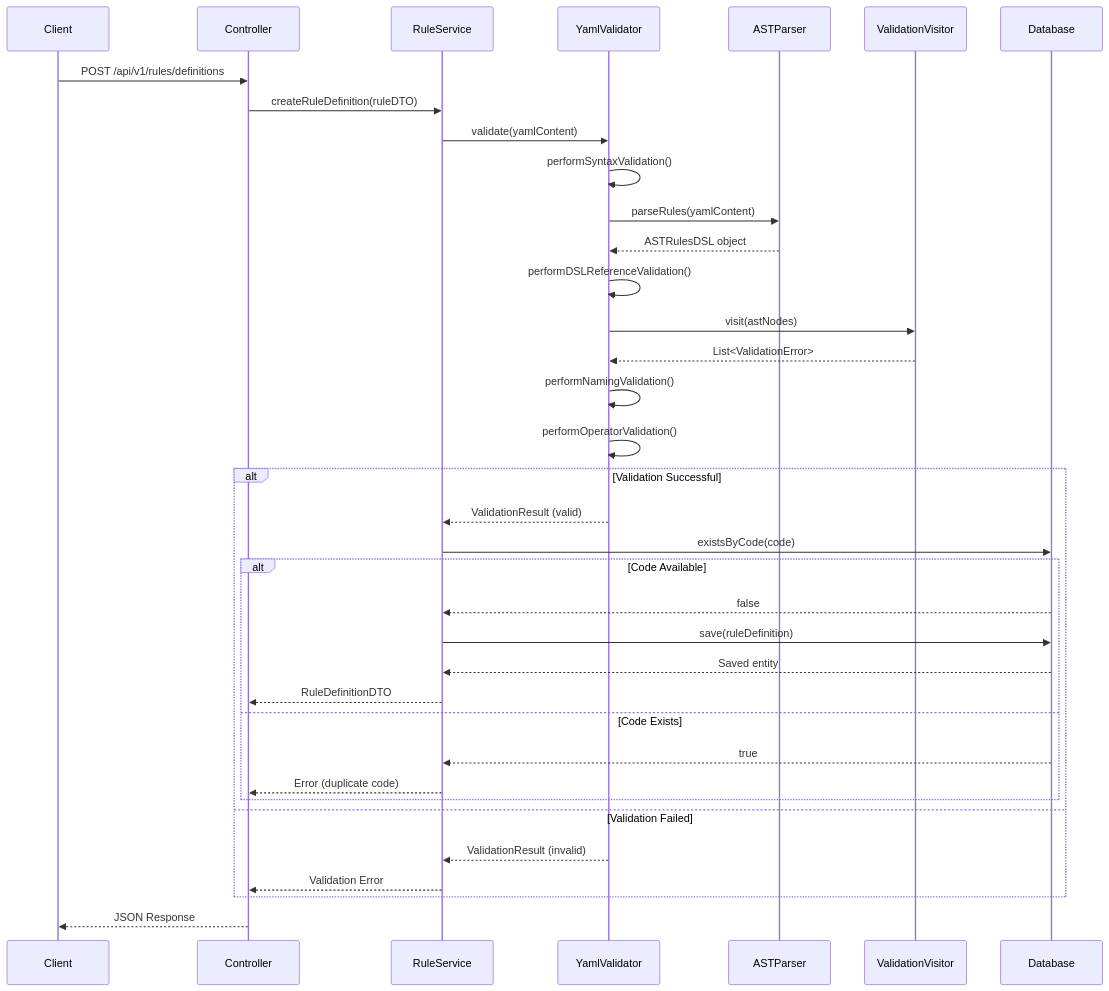
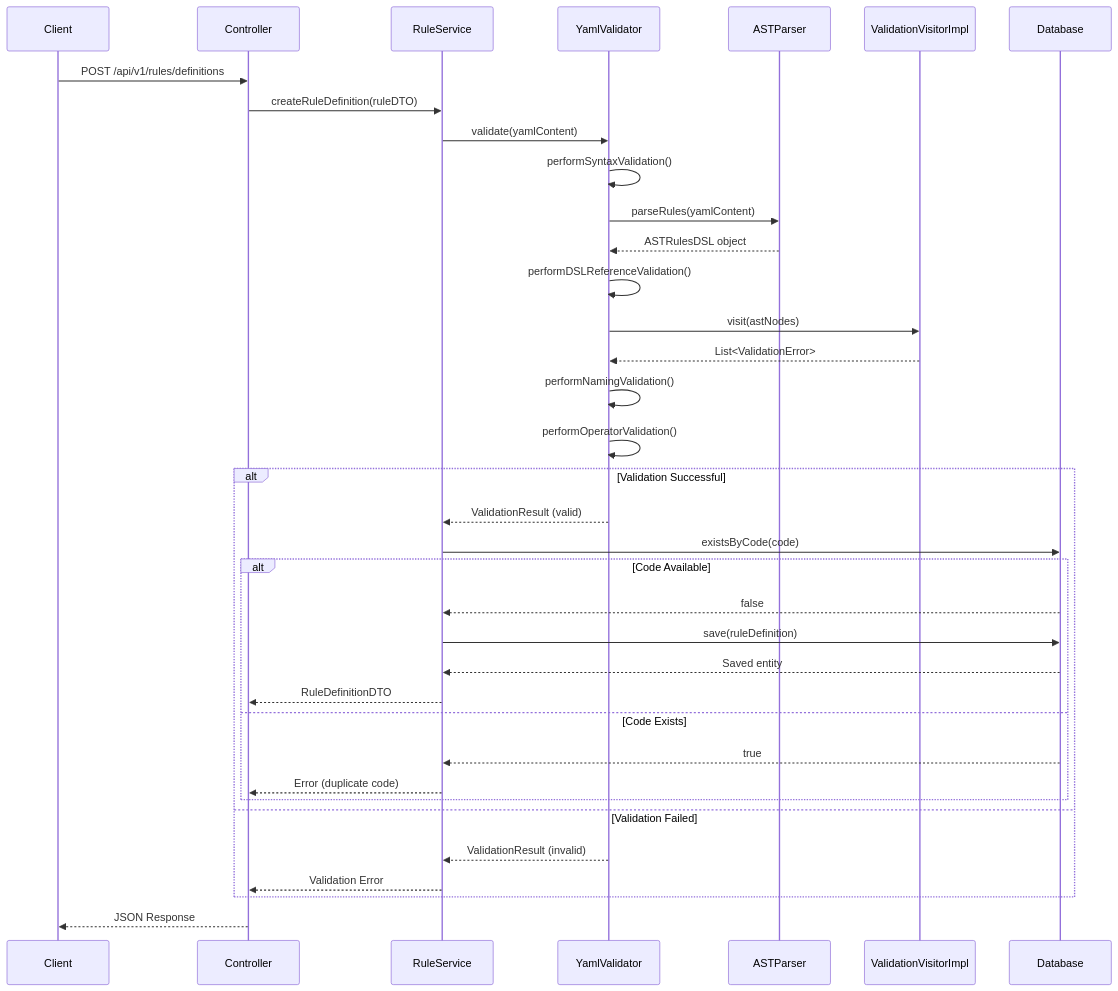
The fifth of 10 diagrams in modules/rule-engine/docs/architecture.md (fireflyframework/fireflyframework-jafly), drawn with Mermaid before and after one commit. The commit also changed other lines of this file and 1166 other files, not shown here.

````diff
--- a/modules/rule-engine/docs/architecture.md
+++ b/modules/rule-engine/docs/architecture.md
@@ -347,43 +347,43 @@
 ```mermaid
 sequenceDiagram
     participant Client
     participant Controller
     participant RuleService
     participant YamlValidator
     participant ASTParser
-    participant ValidationVisitor
+    participant ValidationVisitorImpl
     participant Database
 
     Client->>Controller: POST /api/v1/rules/definitions
     Controller->>RuleService: createRuleDefinition(ruleDTO)
     RuleService->>YamlValidator: validate(yamlContent)
 
     YamlValidator->>YamlValidator: performSyntaxValidation()
     YamlValidator->>ASTParser: parseRules(yamlContent)
     ASTParser-->>YamlValidator: ASTRulesDSL object
     YamlValidator->>YamlValidator: performDSLReferenceValidation()
-    YamlValidator->>ValidationVisitor: visit(astNodes)
-    ValidationVisitor-->>YamlValidator: List<ValidationError>
+    YamlValidator->>ValidationVisitorImpl: visit(astNodes)
+    ValidationVisitorImpl-->>YamlValidator: List<ValidationError>
     YamlValidator->>YamlValidator: performNamingValidation()
     YamlValidator->>YamlValidator: performOperatorValidation()
 
     alt Validation Successful
         YamlValidator-->>RuleService: ValidationResult (valid)
         RuleService->>Database: existsByCode(code)
 
         alt Code Available
             Database-->>RuleService: false
             RuleService->>Database: save(ruleDefinition)
             Database-->>RuleService: Saved entity
             RuleService-->>Controller: RuleDefinitionDTO
         else Code Exists
             Database-->>RuleService: true
             RuleService-->>Controller: Error (duplicate code)
         end
     else Validation Failed
         YamlValidator-->>RuleService: ValidationResult (invalid)
         RuleService-->>Controller: Validation Error
     end
 
     Controller-->>Client: JSON Response
 ```
````
